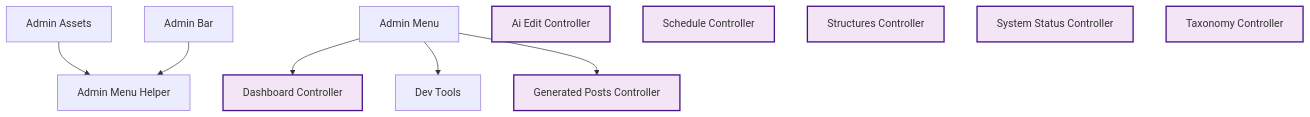
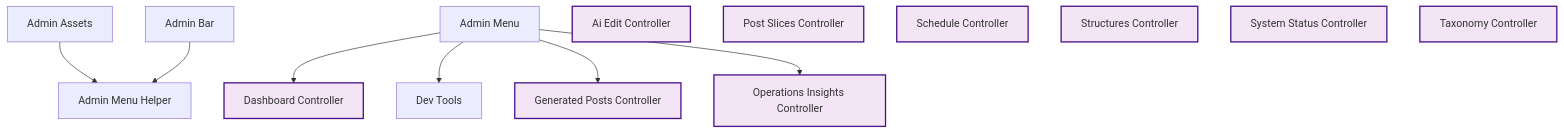
Diagram 13 of 19 in docs/feature-report.md (rpnunez/wp-ai-scheduler), drawn with Mermaid before and after one commit. The commit also changed other lines of this file and 1 other file, not shown here.

````diff
--- a/docs/feature-report.md
+++ b/docs/feature-report.md
@@ -695,28 +709,31 @@
 ```mermaid
 flowchart TD
     %% User Interface & Admin Architecture
 
     Admin_Assets["Admin Assets"]
     Admin_Bar["Admin Bar"]
     Admin_Menu_Helper["Admin Menu Helper"]
     Admin_Menu["Admin Menu"]
     AI_Edit_Controller["Ai Edit Controller"]
     Dashboard_Controller["Dashboard Controller"]
     Dev_Tools["Dev Tools"]
     Generated_Posts_Controller["Generated Posts Controller"]
+    Operations_Insights_Controller["Operations Insights Controller"]
+    Post_Slices_Controller["Post Slices Controller"]
     Schedule_Controller["Schedule Controller"]
     Structures_Controller["Structures Controller"]
     System_Status_Controller["System Status Controller"]
     Taxonomy_Controller["Taxonomy Controller"]
 
     Admin_Assets --> Admin_Menu_Helper
     Admin_Bar --> Admin_Menu_Helper
     Admin_Menu --> Dashboard_Controller
     Admin_Menu --> Dev_Tools
     Admin_Menu --> Generated_Posts_Controller
+    Admin_Menu --> Operations_Insights_Controller
 
     classDef repository fill:#e1f5ff,stroke:#01579b,stroke-width:2px
     classDef service fill:#fff3e0,stroke:#e65100,stroke-width:2px
     classDef controller fill:#f3e5f5,stroke:#4a148c,stroke-width:2px
-    class AI_Edit_Controller,Dashboard_Controller,Generated_Posts_Controller,Schedule_Controller,Structures_Controller,System_Status_Controller,Taxonomy_Controller controller
+    class AI_Edit_Controller,Dashboard_Controller,Generated_Posts_Controller,Operations_Insights_Controller,Post_Slices_Controller,Schedule_Controller,Structures_Controller,System_Status_Controller,Taxonomy_Controller controller
 ```
````
